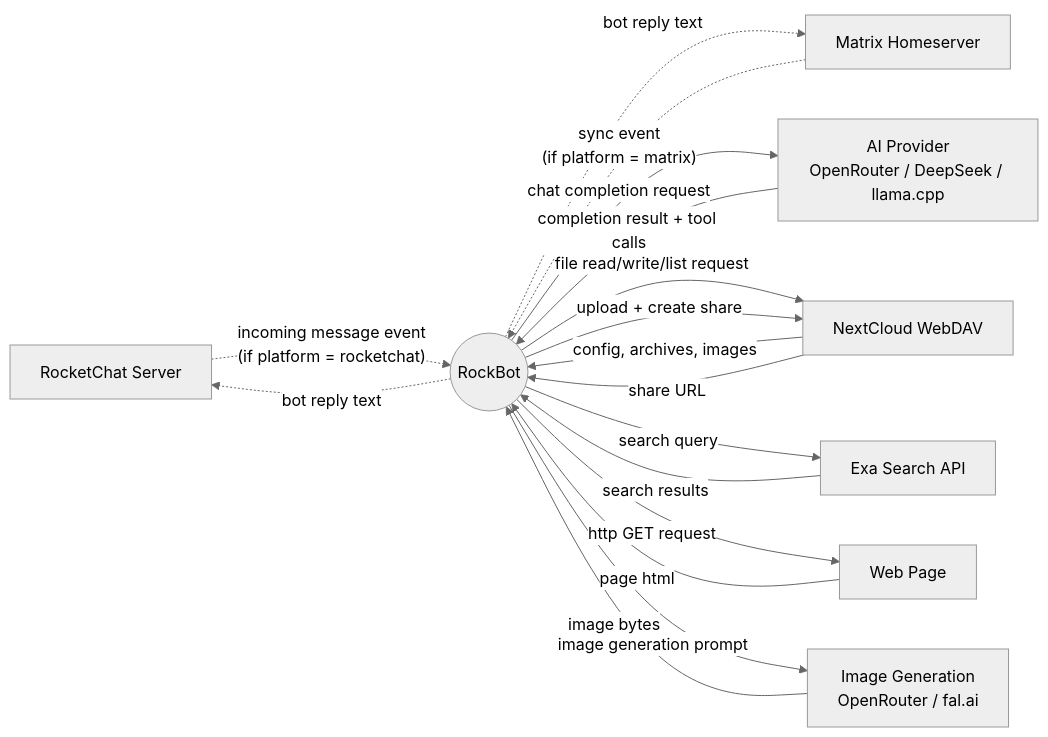
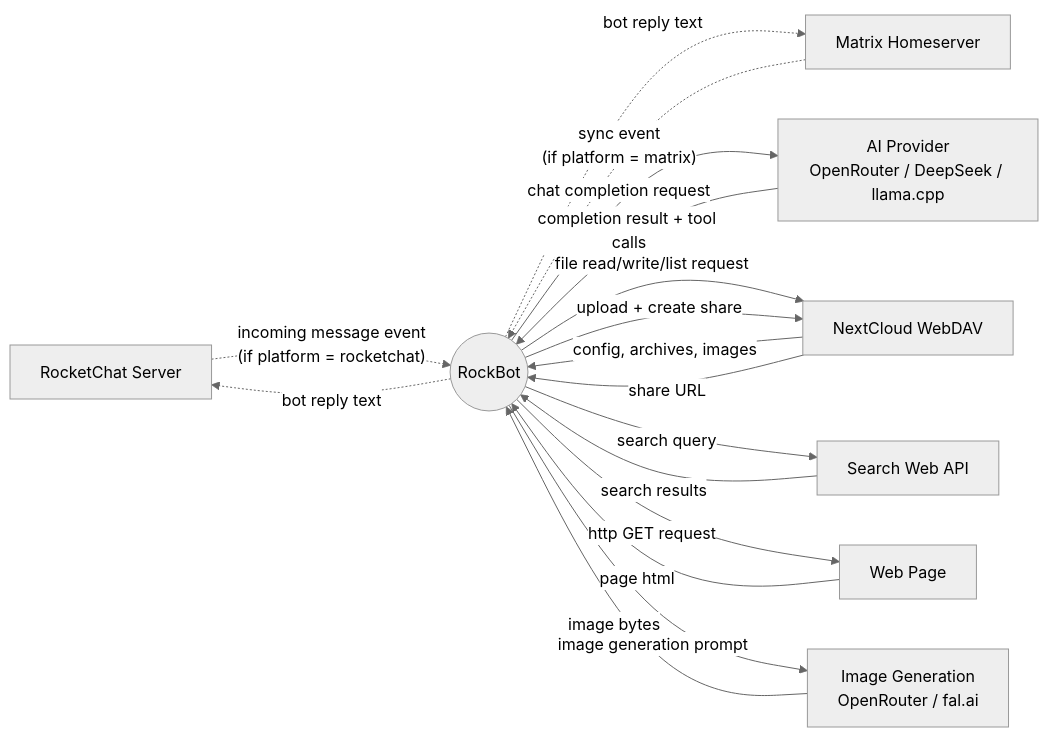
One commit to cosmoswafer/rockbot changed the diagram in _dfd/context-diagram.md. Above: the diagram before and after it, drawn with Mermaid (neutral theme). The commit also changed 18 other files, not shown here.

First line of the commit message:
🔧 [Refactor] Rename Exa Search -> Search Web, add Exa/Brave multi-provider support

````diff
--- a/_dfd/context-diagram.md
+++ b/_dfd/context-diagram.md
@@ -17,34 +17,34 @@
 ```mermaid
 flowchart LR
     RocketChat[RocketChat Server]
     Matrix[Matrix Homeserver]
     AIProvider[AI Provider<br/>OpenRouter / DeepSeek / llama.cpp]
     NextCloud[NextCloud WebDAV]
-    ExaSearch[Exa Search API]
+    SearchWeb[Search Web API]
     WebPage[Web Page]
     ImageGen[Image Generation<br/>OpenRouter / fal.ai]
     Bot(("RockBot"))
 
     RocketChat -.->|"incoming message event<br/>(if platform = rocketchat)"| Bot
     Bot -.->|"bot reply text"| RocketChat
 
     Matrix -.->|"sync event<br/>(if platform = matrix)"| Bot
     Bot -.->|"bot reply text"| Matrix
 
     Bot -->|"chat completion request"| AIProvider
     AIProvider -->|"completion result + tool calls"| Bot
 
     Bot -->|"file read/write/list request"| NextCloud
     NextCloud -->|"config, archives, images"| Bot
 
-    Bot -->|"search query"| ExaSearch
-    ExaSearch -->|"search results"| Bot
+    Bot -->|"search query"| SearchWeb
+    SearchWeb -->|"search results"| Bot
 
     Bot -->|"http GET request"| WebPage
     WebPage -->|"page html"| Bot
 
     Bot -->|"image generation prompt"| ImageGen
     ImageGen -->|"image bytes"| Bot
     Bot -->|"upload + create share"| NextCloud
     NextCloud -->|"share URL"| Bot
 ```
````
